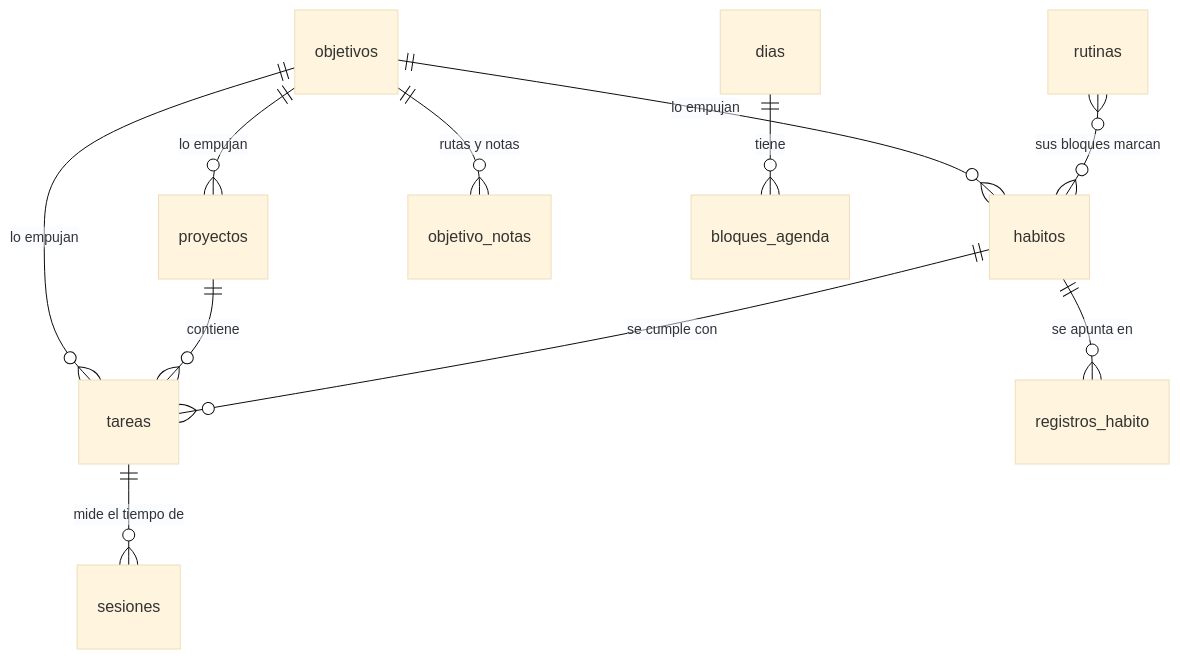
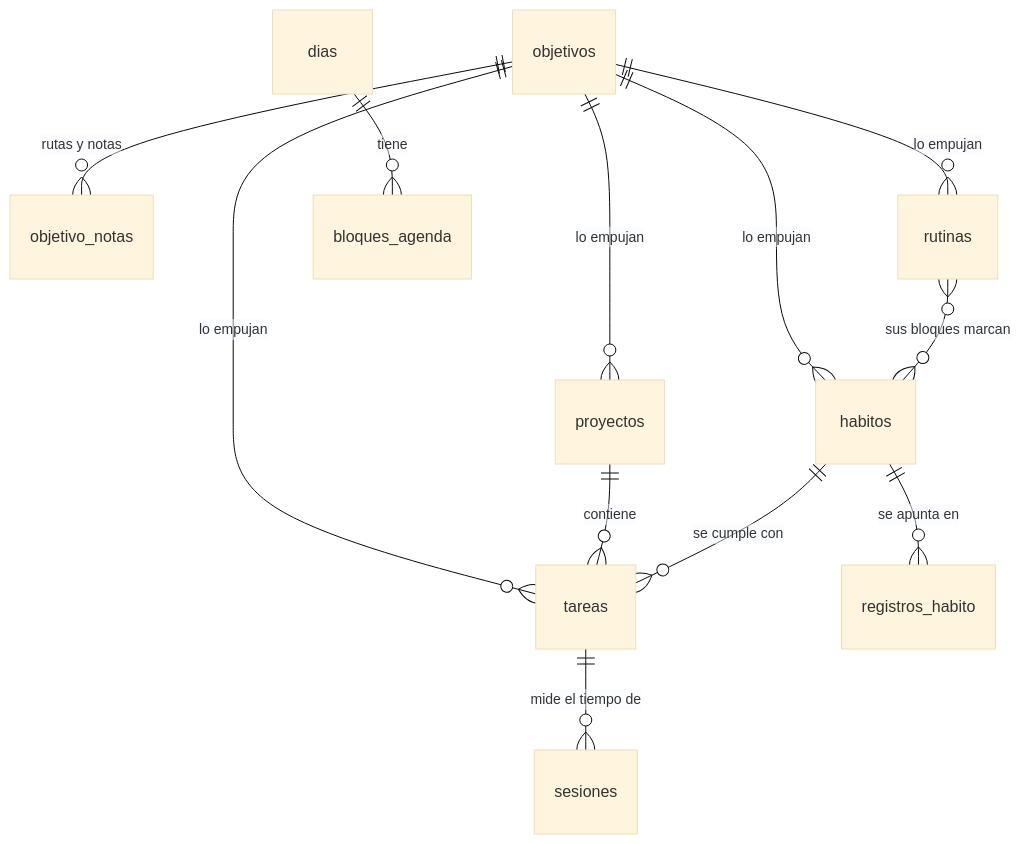
The diagram in docs/modelo-de-datos.md (angelgmx/rumbo), drawn with Mermaid (base theme) before and after one commit. The commit also changed other lines of this file and 7 other files, not shown here.

````diff
--- a/docs/modelo-de-datos.md
+++ b/docs/modelo-de-datos.md
@@ -25,13 +25,14 @@
 ```mermaid
 erDiagram
   objetivos ||--o{ proyectos : "lo empujan"
   objetivos ||--o{ habitos : "lo empujan"
   objetivos ||--o{ objetivo_notas : "rutas y notas"
   objetivos ||--o{ tareas : "lo empujan"
   proyectos ||--o{ tareas : contiene
   habitos ||--o{ registros_habito : "se apunta en"
   habitos ||--o{ tareas : "se cumple con"
   rutinas }o--o{ habitos : "sus bloques marcan"
+  objetivos ||--o{ rutinas : "lo empujan"
   tareas ||--o{ sesiones : "mide el tiempo de"
   dias ||--o{ bloques_agenda : tiene
 ```
````
